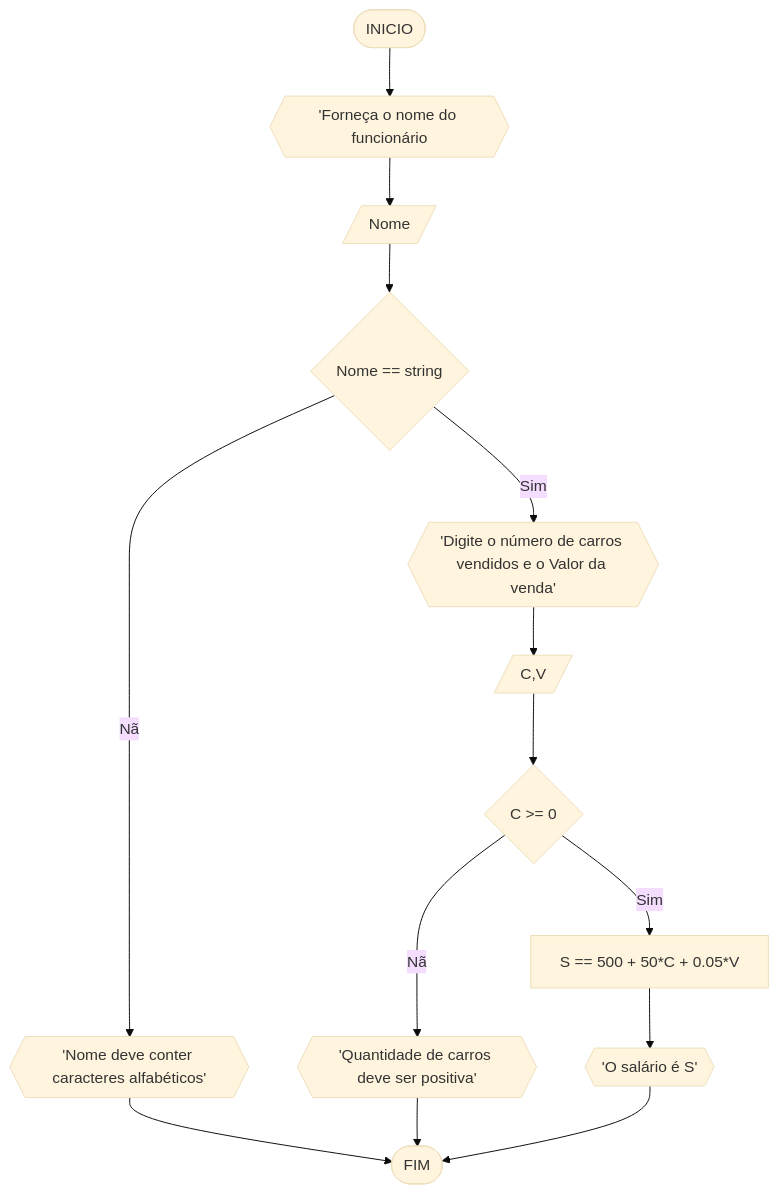
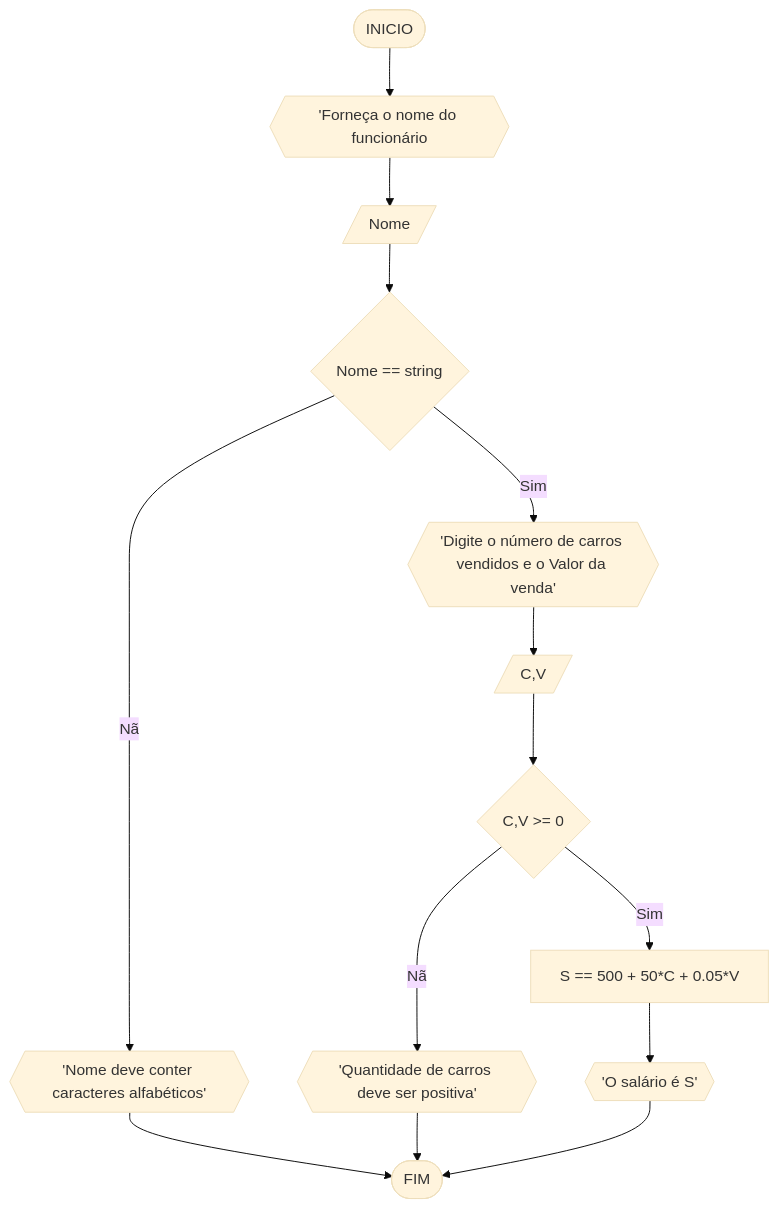
Before and after one commit to Riolumnombremasfeo/unifor: the seventh of 20 diagrams in RLA/ConteudoPraticoA3RLA.md, drawn with Mermaid (base theme).

Commit message:
ConteudoPraticoA3RLA.md

````diff
--- a/RLA/ConteudoPraticoA3RLA.md
+++ b/RLA/ConteudoPraticoA3RLA.md
@@ -77,16 +77,16 @@
 ```mermaid
 flowchart TD
 A([INICIO]) --> B{{'Forneça o nome do funcionário}}
 B --> C[/Nome/]
 C --> F{Nome == string}
 F --Sim--> D{{'Digite o número de carros vendidos e o Valor da venda'}}
 F --Não--> G{{'Nome deve conter caracteres alfabéticos'}}
 G --> Z([FIM])
 D --> E[/C,V/]
-E --> H{C >= 0}
+E --> H{C,V >= 0}
 H --Sim--> I[S == 500 + 50*C + 0.05*V] 
 H --Não--> J{{'Quantidade de carros deve ser positiva'}}
 J --> Z
 I --> K{{'O salário é S'}}
 K --> Z([FIM])
 ```
````
